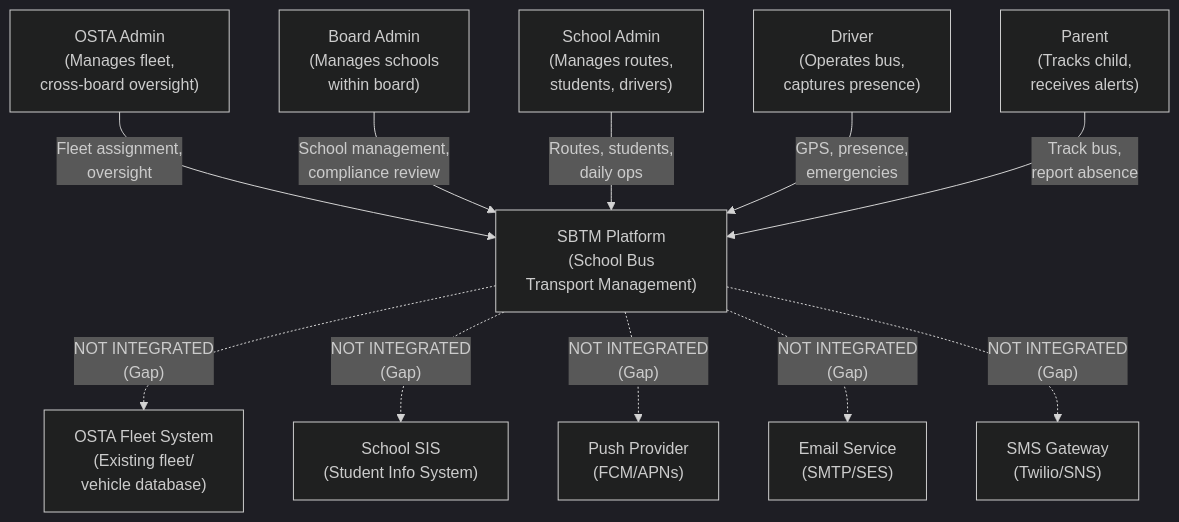
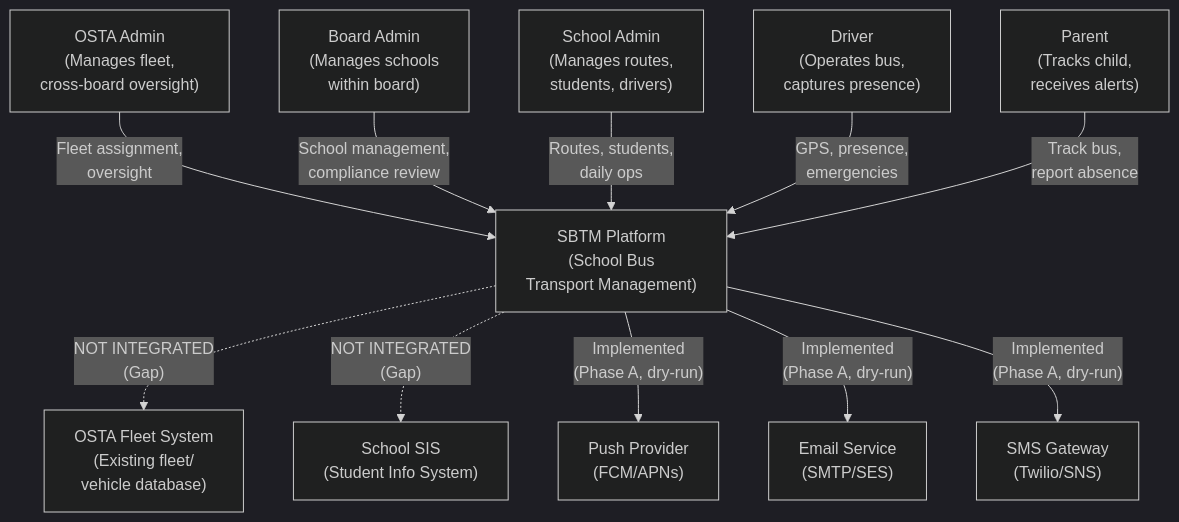
Before and after one commit to arvinddhasmana/SBTM: the diagram in docs/prd/v4/GapAnalysis.md, drawn with Mermaid (dark theme). The commit also changed other lines of this file and 79 other files, not shown here.

Commit message:
Phase A: Parent Safety Communication is fully implemented

````diff
--- a/docs/prd/v4/GapAnalysis.md
+++ b/docs/prd/v4/GapAnalysis.md
@@ -28,28 +28,28 @@
 ```mermaid
 graph TB
     OSTAAdmin["OSTA Admin<br/>(Manages fleet,<br/>cross-board oversight)"]
     BoardAdmin["Board Admin<br/>(Manages schools<br/>within board)"]
     SchoolAdmin["School Admin<br/>(Manages routes,<br/>students, drivers)"]
     Driver["Driver<br/>(Operates bus,<br/>captures presence)"]
     Parent["Parent<br/>(Tracks child,<br/>receives alerts)"]
 
     SBTM["SBTM Platform<br/>(School Bus<br/>Transport Management)"]
 
     OSTAFleet["OSTA Fleet System<br/>(Existing fleet/<br/>vehicle database)"]
     SIS["School SIS<br/>(Student Info System)"]
     PushProvider["Push Provider<br/>(FCM/APNs)"]
     EmailService["Email Service<br/>(SMTP/SES)"]
     SMSGateway["SMS Gateway<br/>(Twilio/SNS)"]
 
     OSTAAdmin -->|"Fleet assignment,<br/>oversight"| SBTM
     BoardAdmin -->|"School management,<br/>compliance review"| SBTM
     SchoolAdmin -->|"Routes, students,<br/>daily ops"| SBTM
     Driver -->|"GPS, presence,<br/>emergencies"| SBTM
     Parent -->|"Track bus,<br/>report absence"| SBTM
 
     SBTM -.->|"NOT INTEGRATED<br/>(Gap)"| OSTAFleet
     SBTM -.->|"NOT INTEGRATED<br/>(Gap)"| SIS
-    SBTM -.->|"NOT INTEGRATED<br/>(Gap)"| PushProvider
-    SBTM -.->|"NOT INTEGRATED<br/>(Gap)"| EmailService
-    SBTM -.->|"NOT INTEGRATED<br/>(Gap)"| SMSGateway
+    SBTM -->|"Implemented<br/>(Phase A, dry-run)"| PushProvider
+    SBTM -->|"Implemented<br/>(Phase A, dry-run)"| EmailService
+    SBTM -->|"Implemented<br/>(Phase A, dry-run)"| SMSGateway
 ```
````
